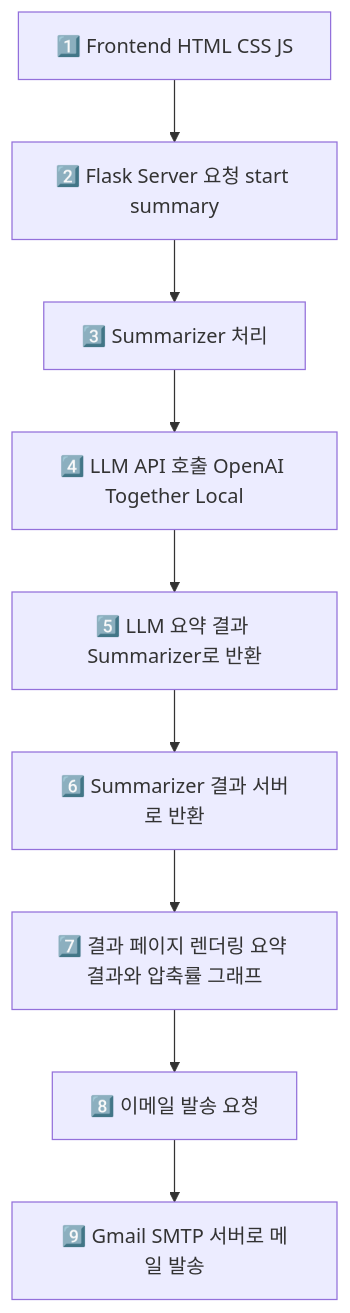
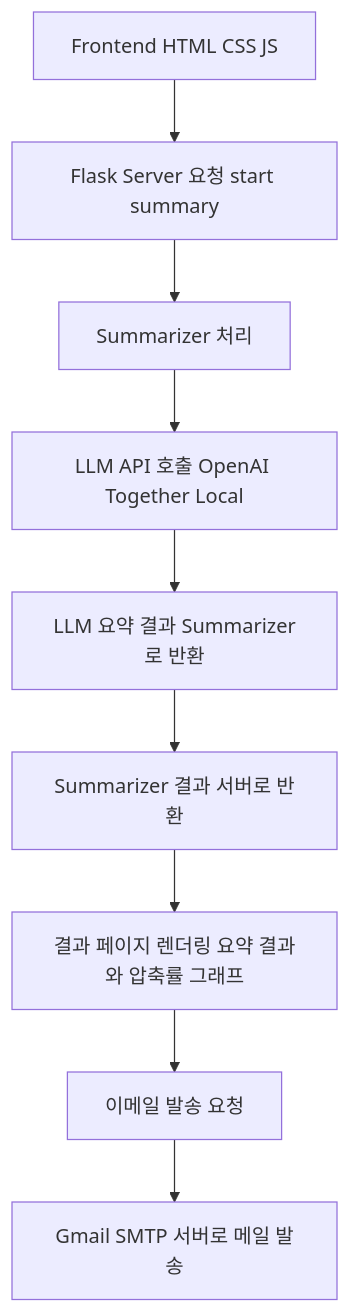
One commit to HenryPark62/AI_News_Summary changed the second of 2 diagrams in 중간보고서.md. Above: the diagram before and after it, drawn with Mermaid. The commit also changed other lines of this file, not shown here.

````diff
--- a/중간보고서.md
+++ b/중간보고서.md
@@ -79,11 +79,11 @@
 ```mermaid
 flowchart TD
-    A1[1️⃣ Frontend HTML CSS JS] --> B2[2️⃣ Flask Server 요청 start summary]
-    B2 --> C3[3️⃣ Summarizer 처리]
-    C3 --> D4[4️⃣ LLM API 호출 OpenAI Together Local]
-    D4 --> E5[5️⃣ LLM 요약 결과 Summarizer로 반환]
-    E5 --> F6[6️⃣ Summarizer 결과 서버로 반환]
-    F6 --> G7[7️⃣ 결과 페이지 렌더링 요약 결과와 압축률 그래프]
-    G7 --> H8[8️⃣ 이메일 발송 요청]
-    H8 --> I9[9️⃣ Gmail SMTP 서버로 메일 발송]
+    A1[Frontend HTML CSS JS] --> B2[Flask Server 요청 start summary]
+    B2 --> C3[Summarizer 처리]
+    C3 --> D4[LLM API 호출 OpenAI Together Local]
+    D4 --> E5[LLM 요약 결과 Summarizer로 반환]
+    E5 --> F6[Summarizer 결과 서버로 반환]
+    F6 --> G7[결과 페이지 렌더링 요약 결과와 압축률 그래프]
+    G7 --> H8[이메일 발송 요청]
+    H8 --> I9[Gmail SMTP 서버로 메일 발송]
 ```
````
